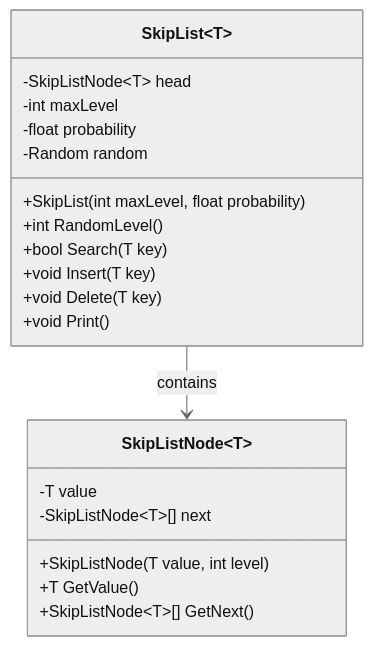
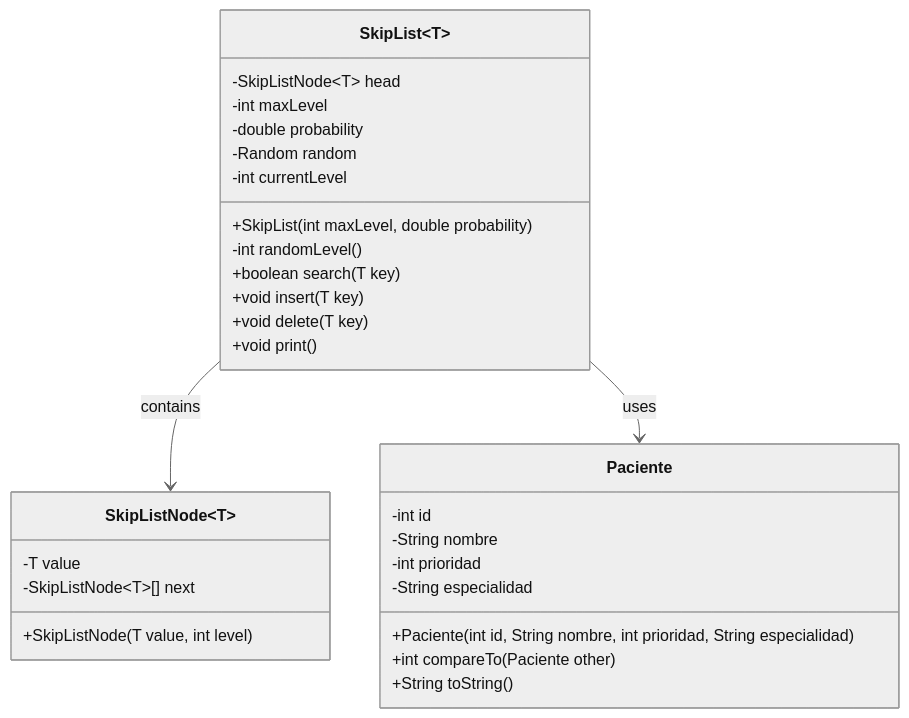
The first of 10 diagrams in SkipList/MERMAID.md (rraulherediaa/PracticasEstructurasDatos), drawn with Mermaid (neutral theme) before and after one commit. The commit also changed other lines of this file and 1 other file, not shown here.

Commit message:
Ejemplo de Hospital listas SkipList

````diff
--- a/SkipList/MERMAID.md
+++ b/SkipList/MERMAID.md
@@ -5,25 +5,35 @@
 ```mermaid
 classDiagram
     class SkipList~T~ {
         -SkipListNode~T~ head
         -int maxLevel
-        -float probability
+        -double probability
         -Random random
-        +SkipList(int maxLevel, float probability)
-        +int RandomLevel()
-        +bool Search(T key)
-        +void Insert(T key)
-        +void Delete(T key)
-        +void Print()
+        -int currentLevel
+        +SkipList(int maxLevel, double probability)
+        -int randomLevel()
+        +boolean search(T key)
+        +void insert(T key)
+        +void delete(T key)
+        +void print()
     }
     
     class SkipListNode~T~ {
         -T value
         -SkipListNode~T~[] next
         +SkipListNode(T value, int level)
-        +T GetValue()
-        +SkipListNode~T~[] GetNext()
     }
     
     SkipList~T~ --> SkipListNode~T~ : contains
+    SkipList~T~ --> Paciente : uses
+    
+    class Paciente {
+        -int id
+        -String nombre
+        -int prioridad
+        -String especialidad
+        +Paciente(int id, String nombre, int prioridad, String especialidad)
+        +int compareTo(Paciente other)
+        +String toString()
+    }
 ```
````
